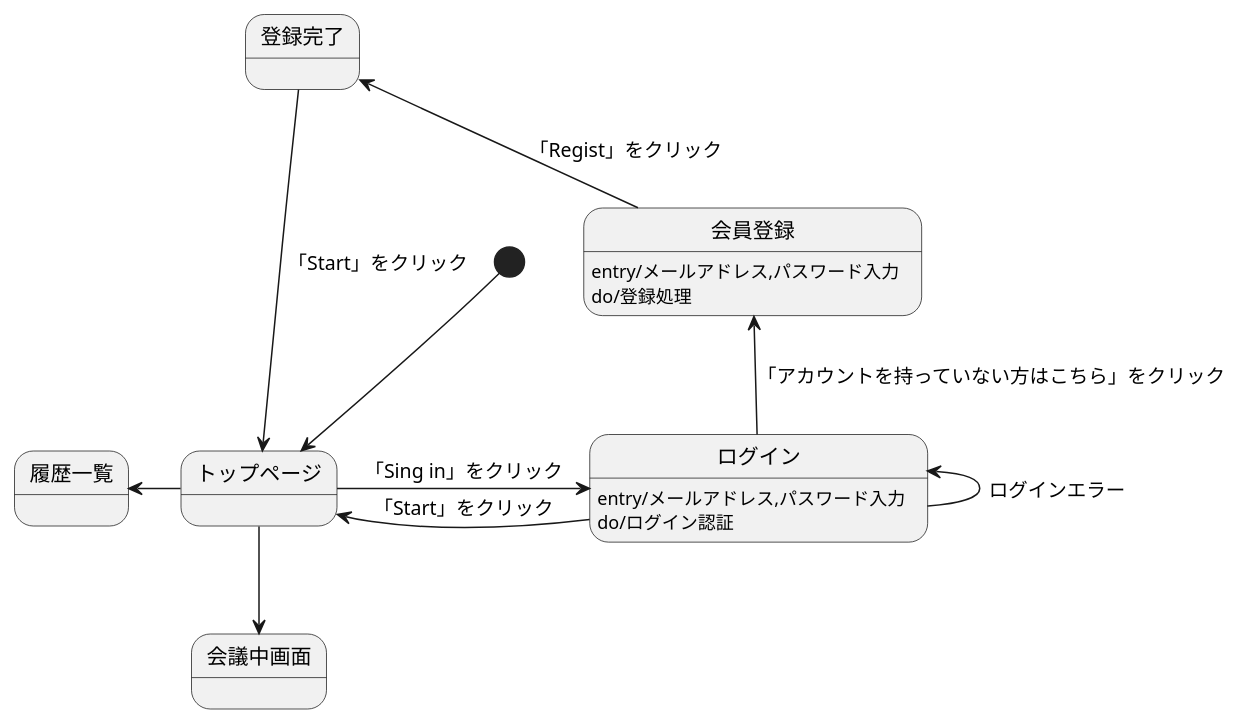
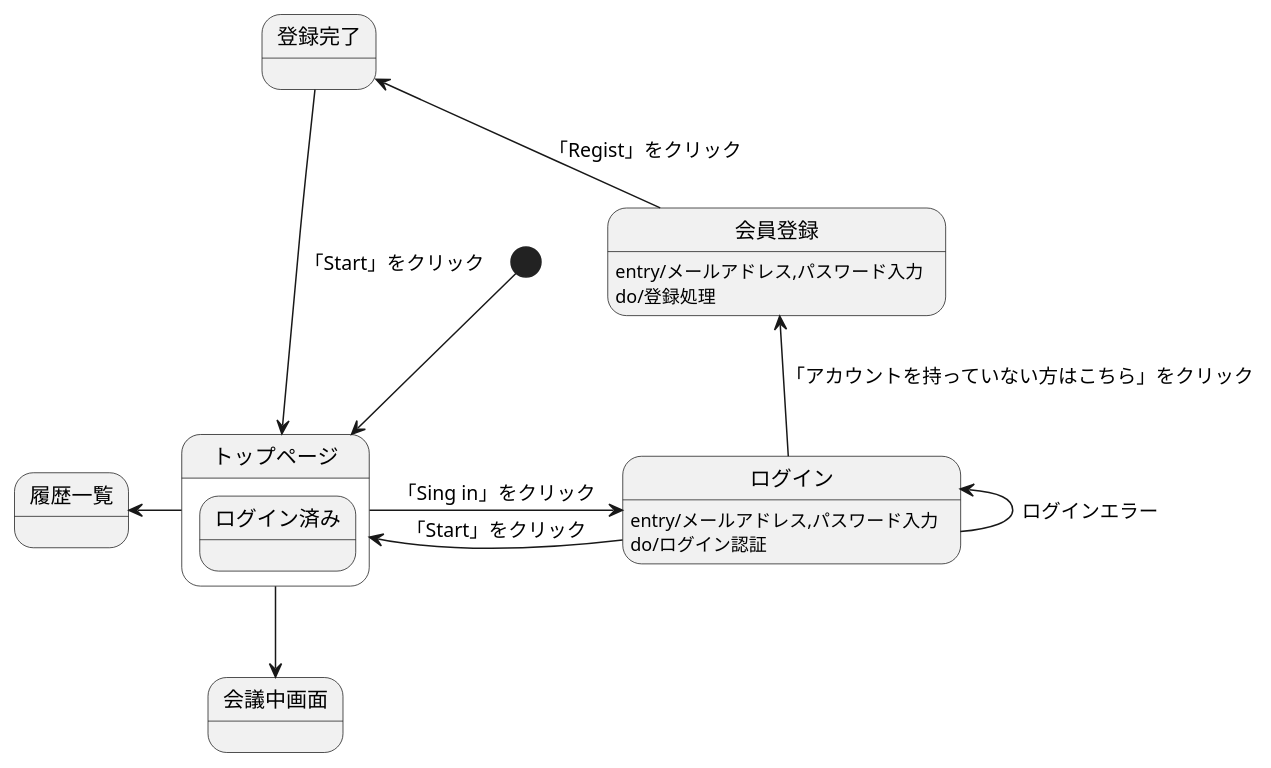
The diagram in 画面遷移図.md (Aso2001031/2021sys-design), drawn with PlantUML before and after one commit.

````diff
--- a/画面遷移図.md
+++ b/画面遷移図.md
@@ -1,26 +1,27 @@
 ```uml
 @startuml
 
 [*] -down-> トップページ
 
 State トップページ {
+  state ログイン済み
 }
 トップページ -right-> ログイン :「Sing in」をクリック
 トップページ -left-> 履歴一覧
 トップページ -down-> 会議中画面
 
 
 ログイン : entry/メールアドレス,パスワード入力
 ログイン : do/ログイン認証
 ログイン -left-> トップページ :「Start」をクリック
 ログイン -up-> 会員登録 :「アカウントを持っていない方はこちら」をクリック
 ログイン -up-> ログイン :ログインエラー
 
 会員登録 : entry/メールアドレス,パスワード入力
 会員登録 : do/登録処理
 会員登録 -up-> 登録完了 : 「Regist」をクリック
 
 登録完了 -> トップページ :「Start」をクリック
 
 @enduml
 ```
````
